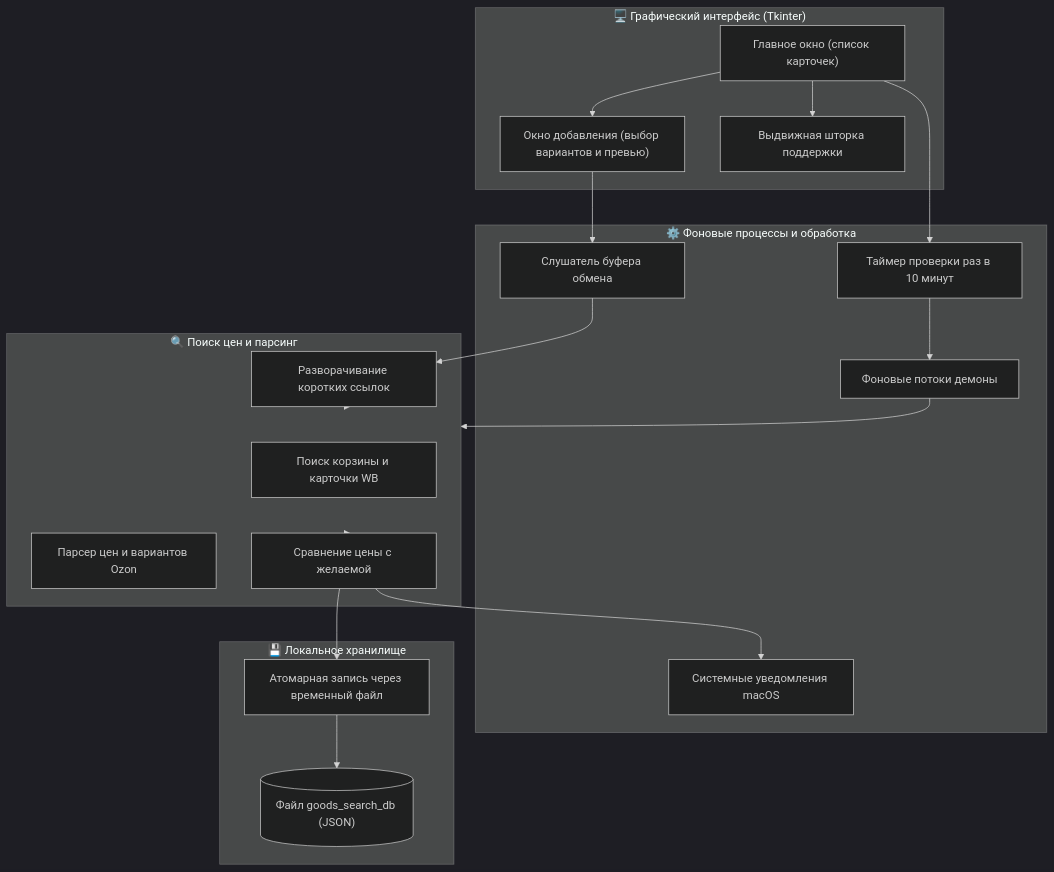
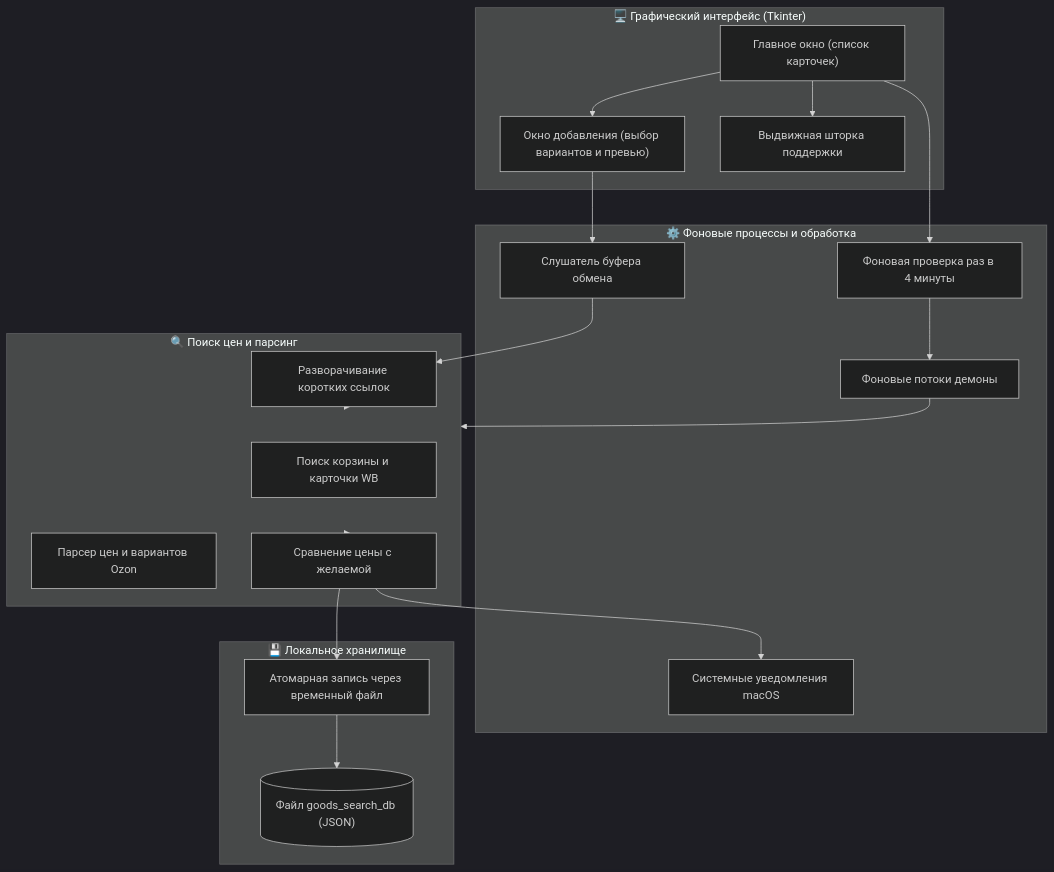
The diagram in README.md (git-sudo-ai/MarketTraker), drawn with Mermaid (dark theme) before and after one commit. The commit also changed other lines of this file and 1 other file, not shown here.

````diff
--- a/README.md
+++ b/README.md
@@ -40,43 +40,43 @@
 ```mermaid
 flowchart TD
     subgraph UI["🖥️ Графический интерфейс (Tkinter)"]
         MainApp["Главное окно (список карточек)"]
         AddDialog["Окно добавления (выбор вариантов и превью)"]
         SupportDrawer["Выдвижная шторка поддержки"]
     end
 
     subgraph Logic["⚙️ Фоновые процессы и обработка"]
-        TimerLoop["Таймер проверки раз в 10 минут"]
+        TimerLoop["Фоновая проверка раз в 4 минуты"]
         WorkerThreads["Фоновые потоки демоны"]
         ClipboardListener["Слушатель буфера обмена"]
         NotificationBridge["Системные уведомления macOS"]
     end
 
     subgraph Parser["🔍 Поиск цен и парсинг"]
         RedirectResolver["Разворачивание коротких ссылок"]
         WBBasketEngine["Поиск корзины и карточки WB"]
         OzonDOMEngine["Парсер цен и вариантов Ozon"]
         PriceComparator["Сравнение цены с желаемой"]
     end
 
     subgraph Storage["💾 Локальное хранилище"]
         AtomicWriter["Атомарная запись через временный файл"]
         DiskDB[("Файл goods_search_db (JSON)")]
     end
 
     MainApp --> AddDialog
     MainApp --> SupportDrawer
     MainApp --> TimerLoop
 
     TimerLoop --> WorkerThreads
     AddDialog --> ClipboardListener
     ClipboardListener --> RedirectResolver
 
     WorkerThreads --> Parser
     RedirectResolver --> Parser
     Parser --> PriceComparator
 
     PriceComparator --> NotificationBridge
     PriceComparator --> AtomicWriter
     AtomicWriter --> DiskDB
 ```
````
